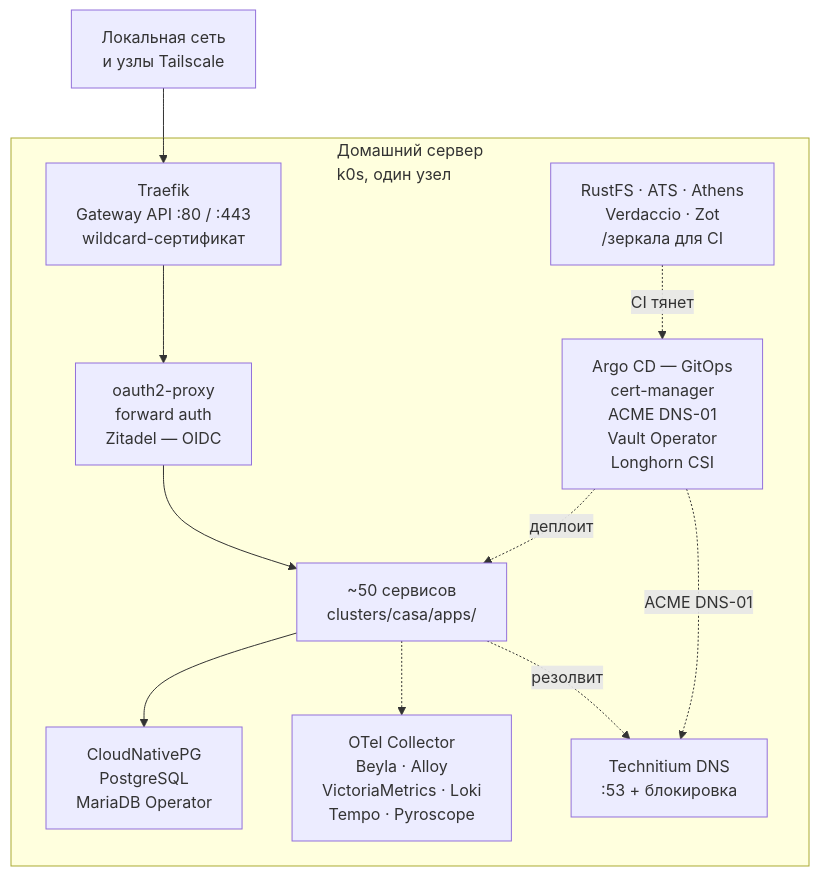
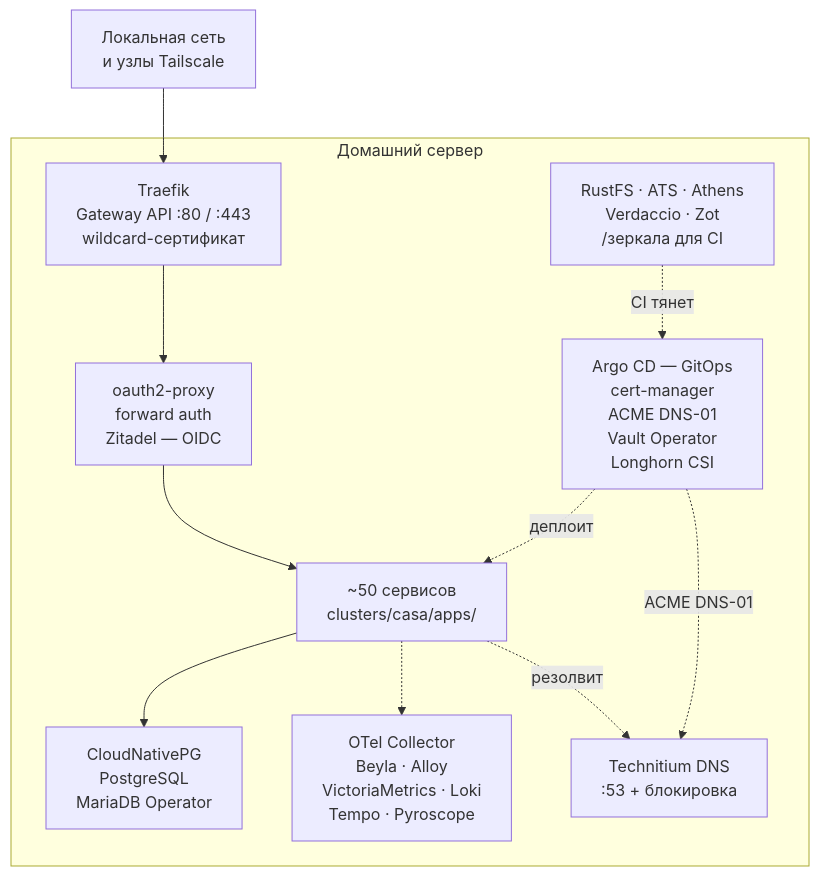
Before and after one commit to Artemiy111/homelab: the diagram in README.ru.md, drawn with Mermaid. The commit also changed 1 other file, not shown here.

Commit message:
docs(readme): drop k0s label from architecture diagram (#995)

````diff
--- a/README.ru.md
+++ b/README.ru.md
@@ -32,25 +32,25 @@
 ```mermaid
 flowchart TB
     CLIENTS["Локальная сеть<br/>и узлы Tailscale"]
 
-    subgraph host["Домашний сервер<br/>k0s, один узел"]
+    subgraph host["Домашний сервер"]
         EDGE["Traefik<br/>Gateway API :80 / :443<br/>wildcard-сертификат"]
         AUTH["oauth2-proxy<br/>forward auth<br/>Zitadel — OIDC"]
         APPS["~50 сервисов<br/>clusters/casa/apps/"]
         OPS["Argo CD — GitOps<br/>cert-manager<br/>ACME DNS-01<br/>Vault Operator<br/>Longhorn CSI"]
         DATA["CloudNativePG<br/>PostgreSQL<br/>MariaDB Operator"]
         OBS["OTel Collector<br/>Beyla · Alloy<br/>VictoriaMetrics · Loki<br/>Tempo · Pyroscope"]
         CACHE["RustFS · ATS · Athens<br/>Verdaccio · Zot<br>/зеркала для CI"]
         DNS["Technitium DNS<br/>:53 + блокировка"]
     end
 
     CLIENTS --> EDGE
     EDGE --> AUTH
     AUTH --> APPS
     CACHE -.->|CI тянет| OPS
     OPS -.->|деплоит| APPS
     OPS -.->|ACME DNS-01| DNS
     APPS --> DATA
     APPS -.-> OBS
     APPS -.->|резолвит| DNS
 ```
````
